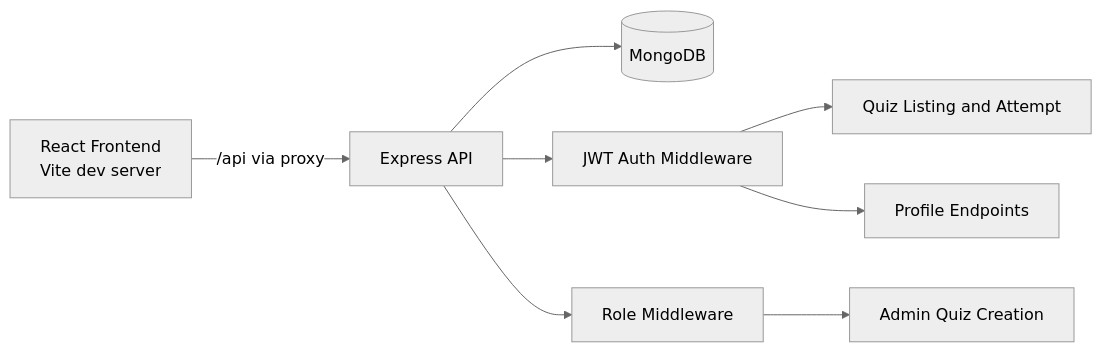
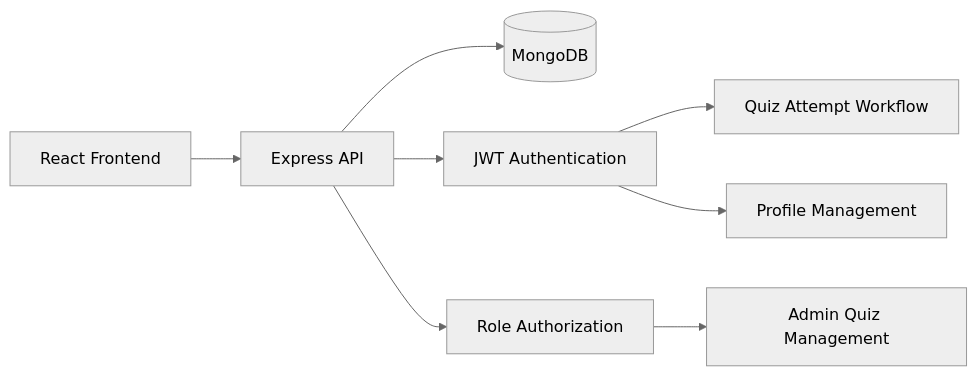
One commit to akirakaori/BrainBuzz changed the diagram in README.md. Above: the diagram before and after it, drawn with Mermaid (neutral theme). The commit also changed other lines of this file, not shown here.

````diff
--- a/README.md
+++ b/README.md
@@ -31,11 +56,11 @@
 ```mermaid
 flowchart LR
-    A[React Frontend\nVite dev server] -->|/api via proxy| B[Express API]
+    A[React Frontend] --> B[Express API]
     B --> C[(MongoDB)]
-    B --> D[JWT Auth Middleware]
-    B --> E[Role Middleware]
+    B --> D[JWT Authentication]
+    B --> E[Role Authorization]
 
-    E --> F[Admin Quiz Creation]
-    D --> G[Quiz Listing and Attempt]
-    D --> H[Profile Endpoints]
+    E --> F[Admin Quiz Management]
+    D --> G[Quiz Attempt Workflow]
+    D --> H[Profile Management]
 ```
````
